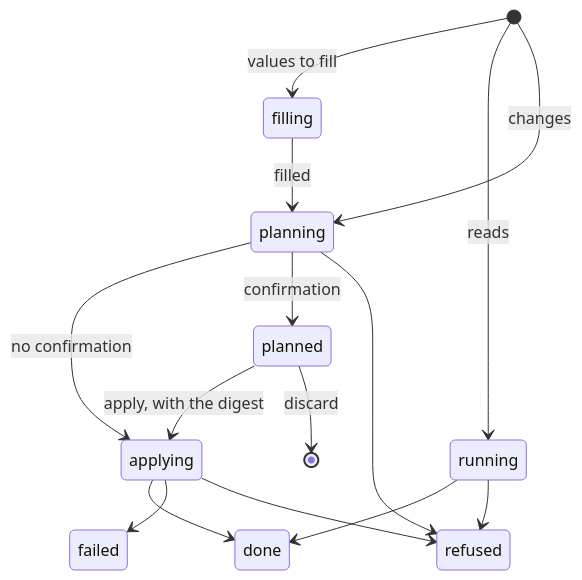
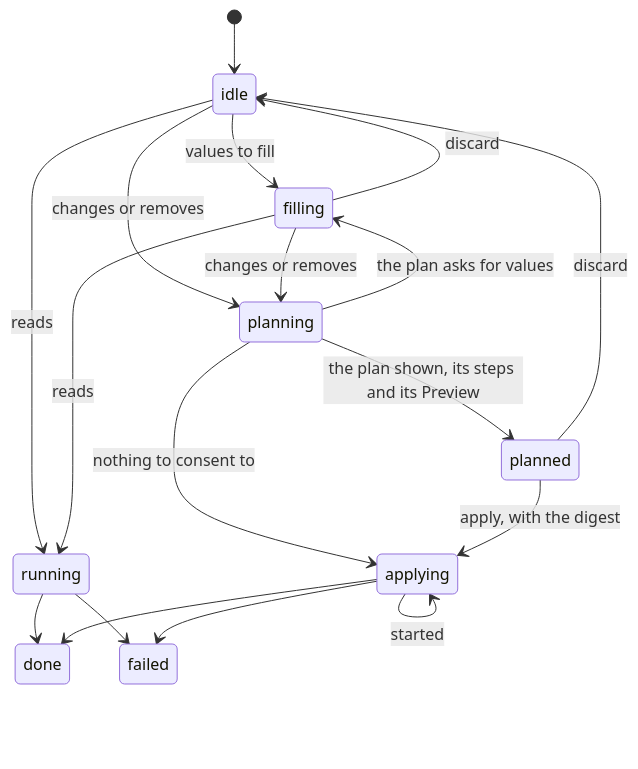
Before and after one commit to Qing-LAB/femkit: the fourth of 4 diagrams in docs/contracts/web.md, drawn with Mermaid. The commit also changed other lines of this file and 512 other files, not shown here.

````diff
--- a/docs/contracts/web.md
+++ b/docs/contracts/web.md
@@ -775,17 +1144,20 @@
   ```mermaid
   stateDiagram-v2
-      [*] --> filling: values to fill
-      [*] --> running: reads
-      [*] --> planning: changes
-      filling --> planning: filled
-      planning --> applying: no confirmation
-      planning --> planned: confirmation
-      planning --> refused
+      [*] --> idle
+      idle --> filling: values to fill
+      idle --> running: reads
+      idle --> planning: changes or removes
+      filling --> running: reads
+      filling --> planning: changes or removes
+      filling --> idle: discard
+      planning --> planned: the plan shown, its steps and its Preview
+      planning --> filling: the plan asks for values
+      planning --> applying: nothing to consent to
       planned --> applying: apply, with the digest
-      planned --> [*]: discard
+      planned --> idle: discard
+      applying --> applying: started
+      running --> done
+      running --> failed
       applying --> done
       applying --> failed
-      applying --> refused
-      running --> done
-      running --> refused
   ```
````
